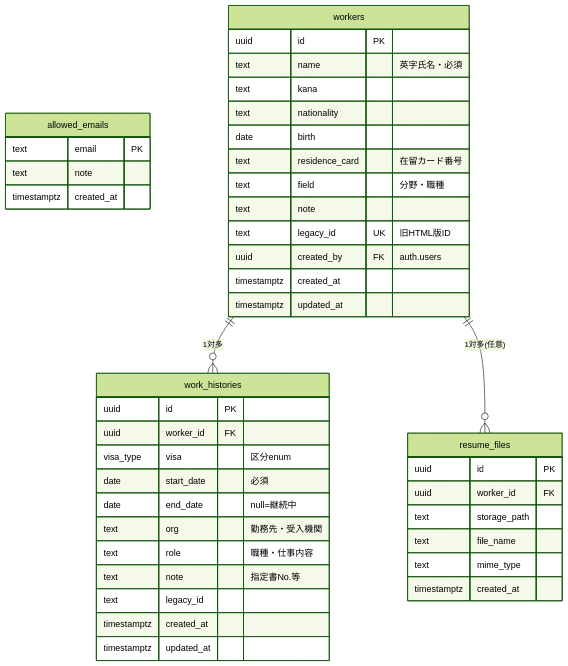
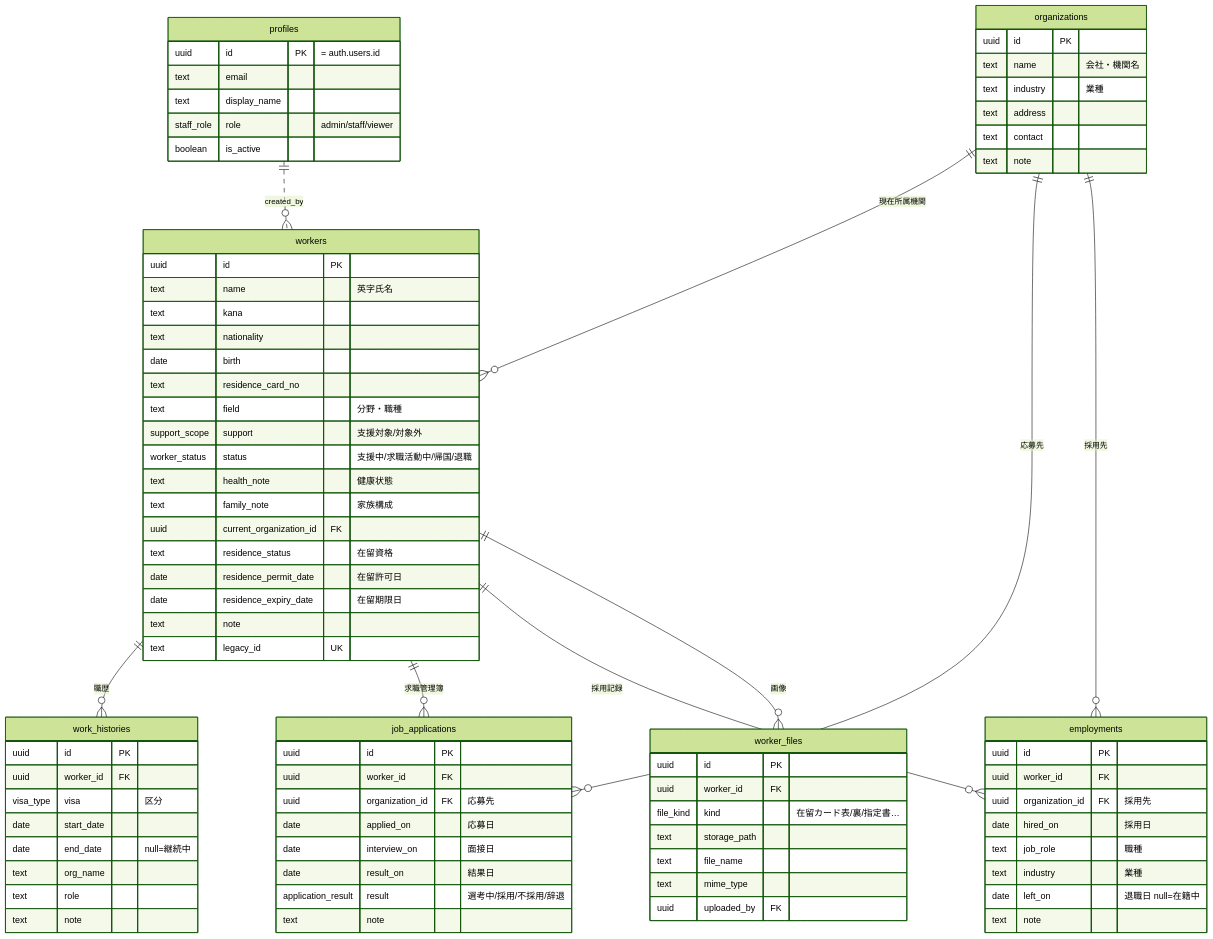
The diagram in docs/03_database_design.md (akina12231988-star/immigration-app), drawn with Mermaid (forest theme) before and after one commit. The commit also changed other lines of this file and 1 other file, not shown here.

````diff
--- a/docs/03_database_design.md
+++ b/docs/03_database_design.md
@@ -18,45 +28,85 @@
 ```mermaid
 erDiagram
-    allowed_emails {
-        text email PK
+    profiles ||..o{ workers : "created_by"
+    organizations ||--o{ workers : "現在所属機関"
+    organizations ||--o{ job_applications : "応募先"
+    organizations ||--o{ employments : "採用先"
+    workers ||--o{ work_histories : "職歴"
+    workers ||--o{ job_applications : "求職管理簿"
+    workers ||--o{ employments : "採用記録"
+    workers ||--o{ worker_files : "画像"
+
+    profiles {
+        uuid id PK "= auth.users.id"
+        text email
+        text display_name
+        staff_role role "admin/staff/viewer"
+        boolean is_active
+    }
+    organizations {
+        uuid id PK
+        text name "会社・機関名"
+        text industry "業種"
+        text address
+        text contact
         text note
-        timestamptz created_at
     }
-    workers ||--o{ work_histories : "1対多"
-    workers ||--o{ resume_files : "1対多(任意)"
     workers {
         uuid id PK
-        text name "英字氏名・必須"
+        text name "英字氏名"
         text kana
         text nationality
         date birth
-        text residence_card "在留カード番号"
+        text residence_card_no
         text field "分野・職種"
+        support_scope support "支援対象/対象外"
+        worker_status status "支援中/求職活動中/帰国/退職"
+        text health_note "健康状態"
+        text family_note "家族構成"
+        uuid current_organization_id FK
+        text residence_status "在留資格"
+        date residence_permit_date "在留許可日"
+        date residence_expiry_date "在留期限日"
         text note
-        text legacy_id UK "旧HTML版ID"
-        uuid created_by FK "auth.users"
-        timestamptz created_at
-        timestamptz updated_at
+        text legacy_id UK
     }
     work_histories {
         uuid id PK
         uuid worker_id FK
-        visa_type visa "区分enum"
-        date start_date "必須"
+        visa_type visa "区分"
+        date start_date
         date end_date "null=継続中"
-        text org "勤務先・受入機関"
-        text role "職種・仕事内容"
-        text note "指定書No.等"
-        text legacy_id
-        timestamptz created_at
-        timestamptz updated_at
+        text org_name
+        text role
+        text note
     }
-    resume_files {
+    job_applications {
         uuid id PK
         uuid worker_id FK
+        uuid organization_id FK "応募先"
+        date applied_on "応募日"
+        date interview_on "面接日"
+        date result_on "結果日"
+        application_result result "選考中/採用/不採用/辞退"
+        text note
+    }
+    employments {
+        uuid id PK
+        uuid worker_id FK
+        uuid organization_id FK "採用先"
+        date hired_on "採用日"
+        text job_role "職種"
+        text industry "業種"
+        date left_on "退職日 null=在籍中"
+        text note
+    }
+    worker_files {
+        uuid id PK
+        uuid worker_id FK
+        file_kind kind "在留カード表/裏/指定書…"
         text storage_path
         text file_name
         text mime_type
-        timestamptz created_at
+        uuid uploaded_by FK
     }
 ```
````
